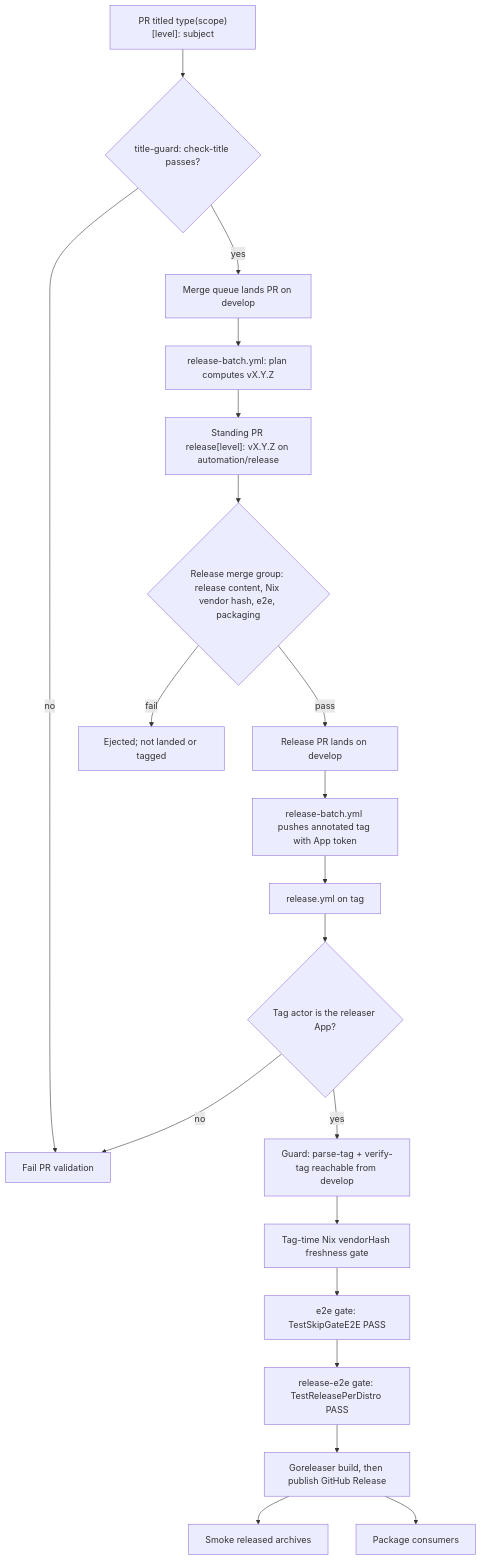
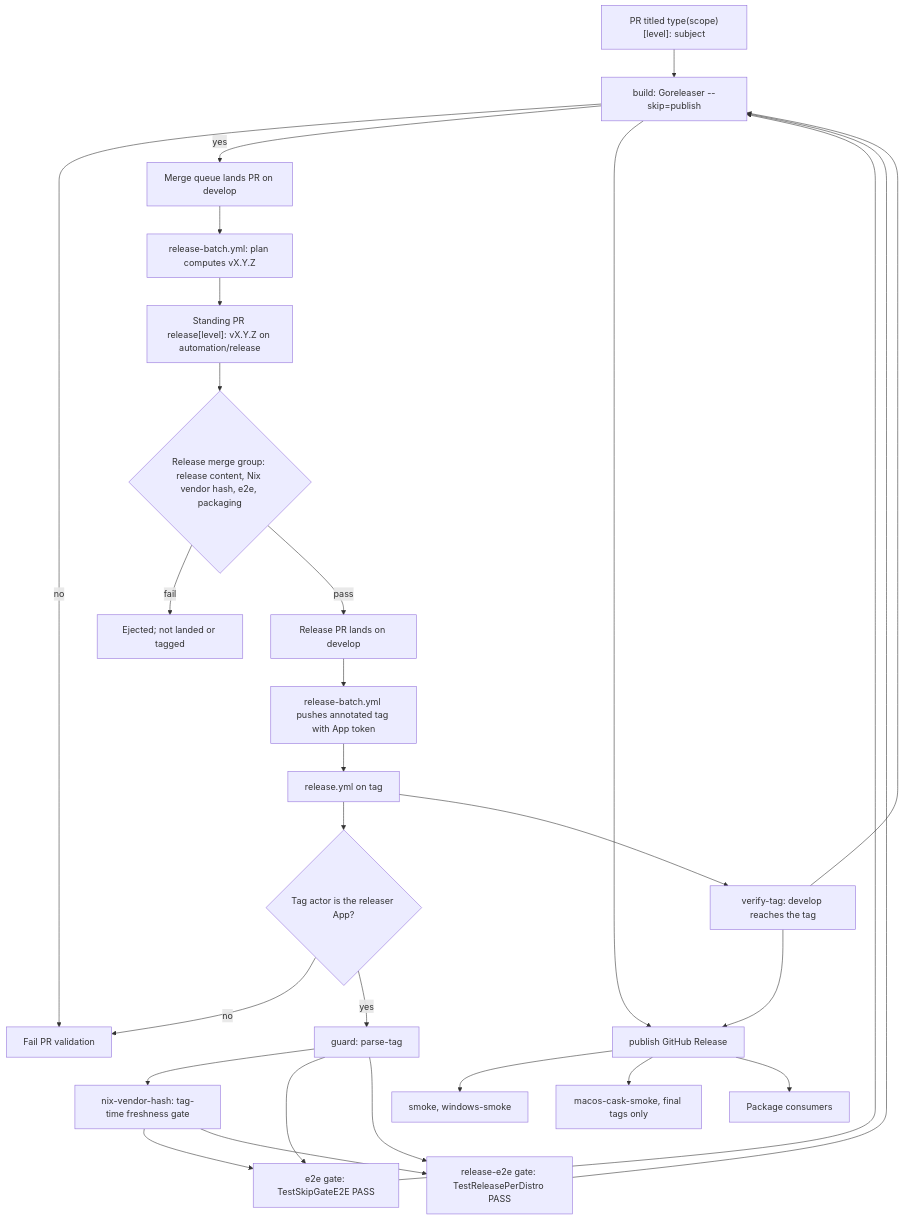
Before and after one commit to peasant-labs/peasant: the first of 4 diagrams in docs/release-architecture.md, drawn with Mermaid. The commit also changed other lines of this file and 6 other files, not shown here.

````diff
--- a/docs/release-architecture.md
+++ b/docs/release-architecture.md
@@ -38,22 +38,30 @@
 ```mermaid
 flowchart TD
   A["PR titled type(scope)[level]: subject"] --> B{title-guard: check-title passes?}
   B -- no --> X[Fail PR validation]
   B -- yes --> C[Merge queue lands PR on develop]
   C --> D["release-batch.yml: plan computes vX.Y.Z"]
   D --> E["Standing PR release[level]: vX.Y.Z on automation/release"]
   E --> F{"Release merge group: release content, Nix vendor hash, e2e, packaging"}
   F -- fail --> X2[Ejected; not landed or tagged]
   F -- pass --> G[Release PR lands on develop]
   G --> L[release-batch.yml pushes annotated tag with App token]
   L --> M[release.yml on tag]
   M --> V{Tag actor is the releaser App?}
   V -- no --> X
-  V -- yes --> N[Guard: parse-tag + verify-tag reachable from develop]
-  N --> O[Tag-time Nix vendorHash freshness gate]
-  O --> E2[e2e gate: TestSkipGateE2E PASS]
-  E2 --> RE[release-e2e gate: TestReleasePerDistro PASS]
-  RE --> P[Goreleaser build, then publish GitHub Release]
-  P --> Q[Smoke released archives]
+  V -- yes --> N[guard: parse-tag]
+  M --> VT[verify-tag: develop reaches the tag]
+  N --> O[nix-vendor-hash: tag-time freshness gate]
+  N --> E2[e2e gate: TestSkipGateE2E PASS]
+  O --> E2
+  N --> RE[release-e2e gate: TestReleasePerDistro PASS]
+  O --> RE
+  E2 --> B[build: Goreleaser --skip=publish]
+  RE --> B
+  VT --> B
+  B --> P[publish GitHub Release]
+  VT --> P
+  P --> Q[smoke, windows-smoke]
+  P --> QM[macos-cask-smoke, final tags only]
   P --> R[Package consumers]
 ```
````
